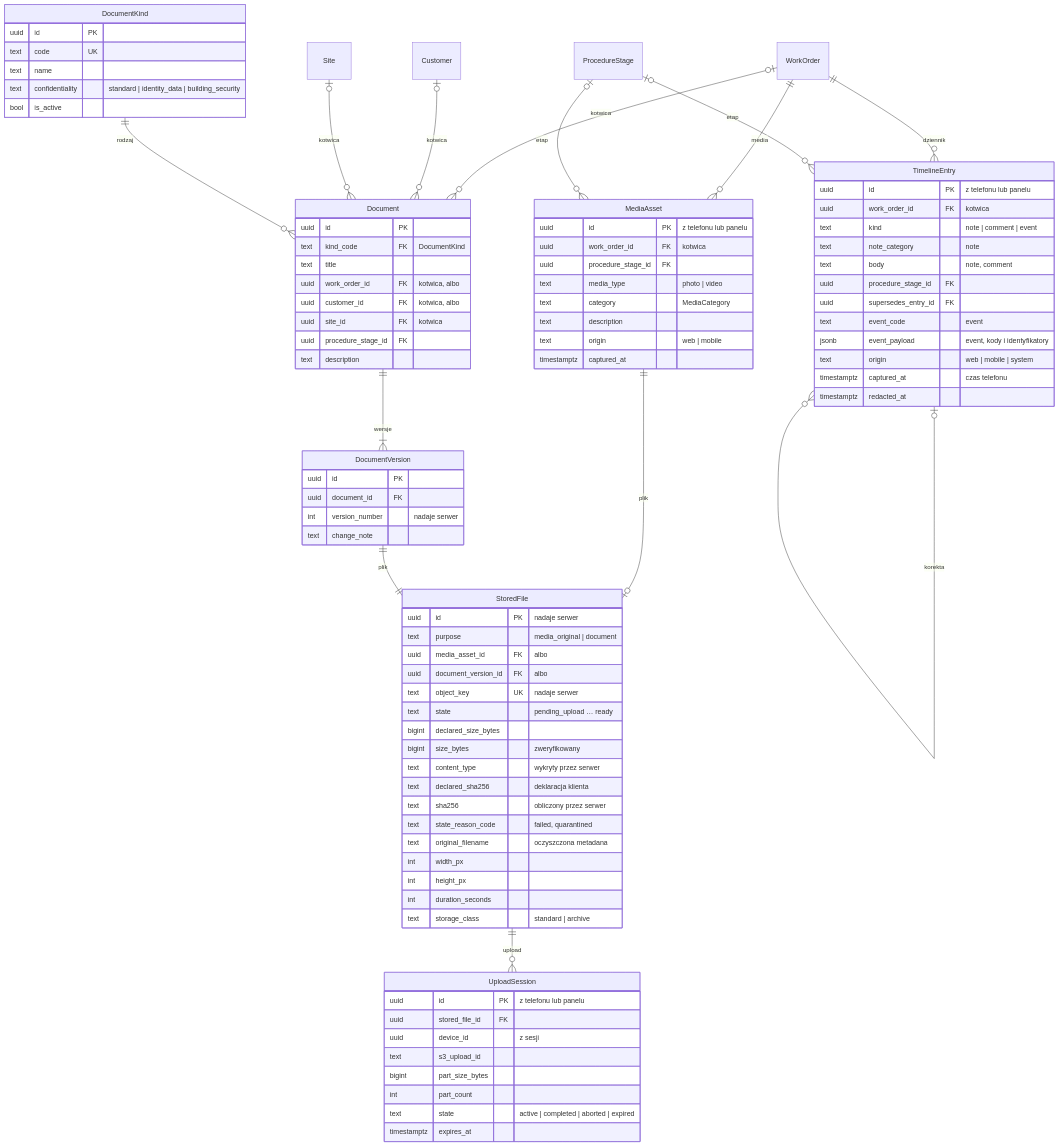
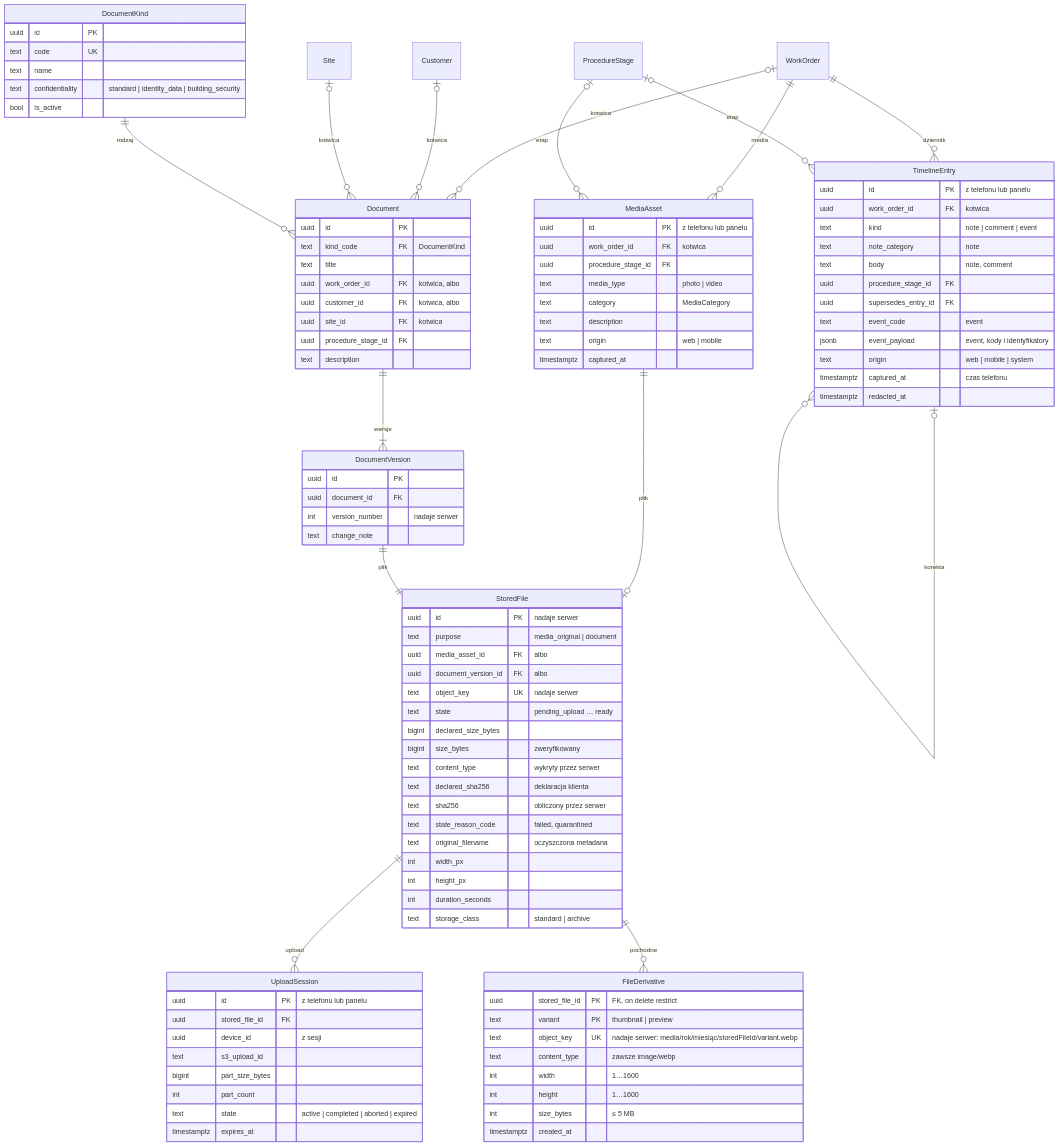
Before and after one commit to konradkluz/evia-manager: the fourth of 8 diagrams in docs/architecture/domain-model.md, drawn with Mermaid. The commit also changed other lines of this file and 115 other files, not shown here.

First line of the commit message:
feat(media): thumbnails and previews with an isolated image processor [EVM-068] (#117)

```diff
--- a/docs/architecture/domain-model.md
+++ b/docs/architecture/domain-model.md
@@ -406,6 +407,7 @@
   Document ||--|{ DocumentVersion : "wersje"
   DocumentVersion ||--|| StoredFile : "plik"
   StoredFile ||--o{ UploadSession : "upload"
+  StoredFile ||--o{ FileDerivative : "pochodne"
   TimelineEntry {
     uuid id PK "z telefonu lub panelu"
     uuid work_order_id FK "kotwica"
@@ -472,6 +474,16 @@
     int duration_seconds
     text storage_class "standard | archive"
   }
+  FileDerivative {
+    uuid stored_file_id PK "FK, on delete restrict"
+    text variant PK "thumbnail | preview"
+    text object_key UK "nadaje serwer: media/rok/miesiąc/storedFileId/variant.webp"
+    text content_type "zawsze image/webp"
+    int width "1…1600"
+    int height "1…1600"
+    int size_bytes "≤ 5 MB"
+    timestamptz created_at
+  }
   UploadSession {
     uuid id PK "z telefonu lub panelu"
     uuid stored_file_id FK
```
